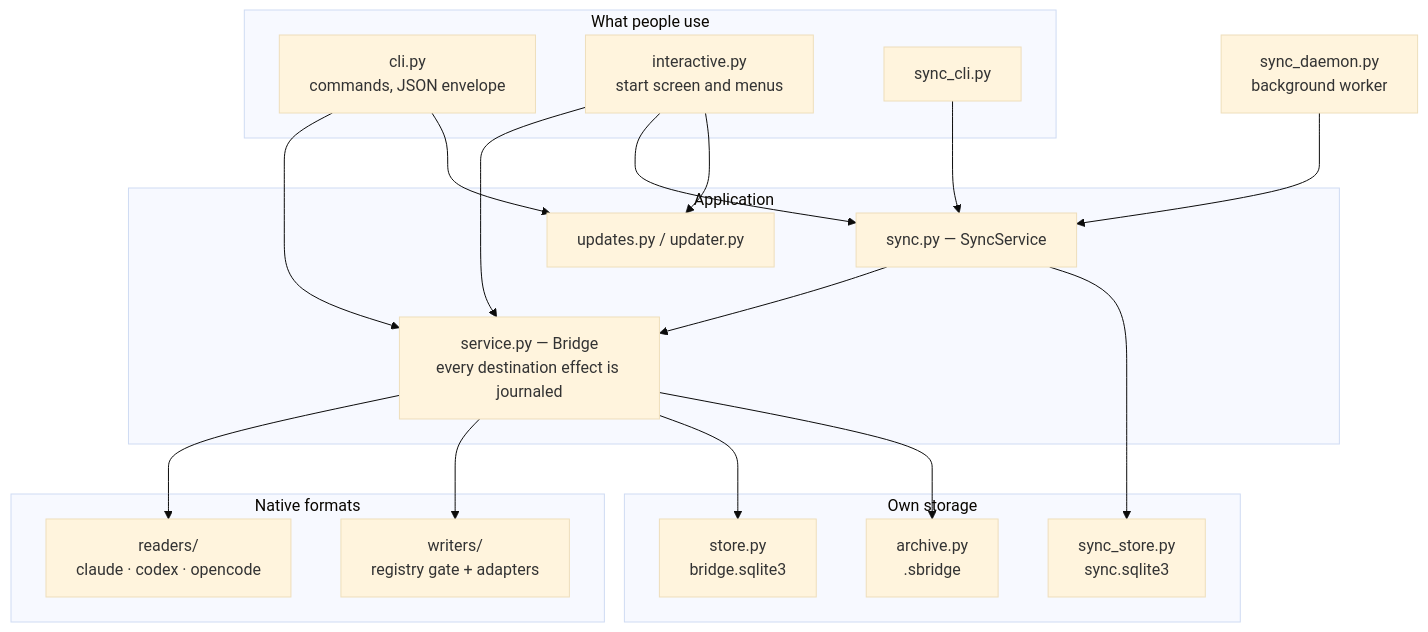
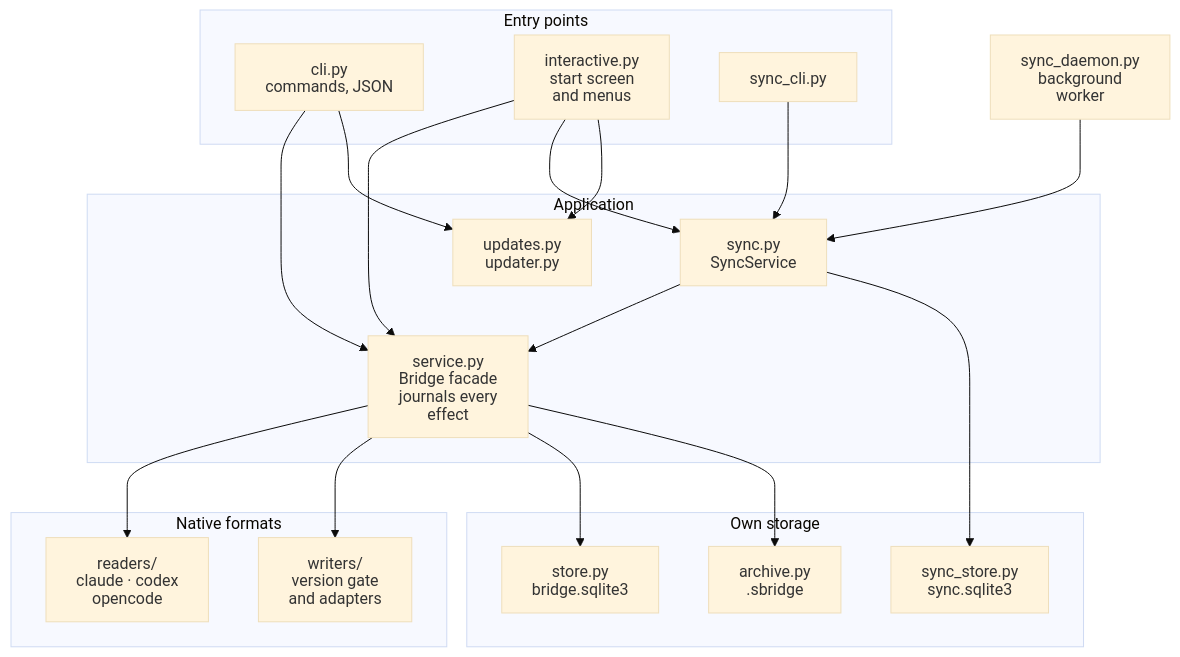
One commit to pma1999/session-bridge changed the first of 2 diagrams in docs/architecture.md. Above: the diagram before and after it, drawn with Mermaid (base theme). The commit also changed other lines of this file and 2 other files, not shown here.

Commit message:
Keep diagram labels from being cut off on GitHub
GitHub draws Mermaid labels in a slightly wider font than it measures them with, so longer lines were clipped inside their boxes. The diagrams now use SVG text labels, which are never clipped, and lines of at most 14 characters.

````diff
--- a/docs/architecture.md
+++ b/docs/architecture.md
@@ -21,35 +21,36 @@
 ```mermaid
+%%{init: {"htmlLabels": false, "flowchart": {"htmlLabels": false}}}%%
 flowchart TB
-    subgraph Entry["What people use"]
-        CLI["cli.py<br/>commands, JSON envelope"]
-        UI["interactive.py<br/>start screen and menus"]
+    subgraph Entry["Entry points"]
+        CLI["cli.py<br/>commands, JSON"]
+        UI["interactive.py<br/>start screen<br/>and menus"]
         SyncCLI["sync_cli.py"]
     end
     subgraph Core["Application"]
-        Service["service.py — Bridge<br/>every destination effect is journaled"]
-        Sync["sync.py — SyncService"]
-        Updates["updates.py / updater.py"]
+        Service["service.py<br/>Bridge facade<br/>journals every<br/>effect"]
+        Sync["sync.py<br/>SyncService"]
+        Updates["updates.py<br/>updater.py"]
     end
     subgraph Adapters["Native formats"]
-        Readers["readers/<br/>claude · codex · opencode"]
-        Writers["writers/<br/>registry gate + adapters"]
+        Readers["readers/<br/>claude · codex<br/>opencode"]
+        Writers["writers/<br/>version gate<br/>and adapters"]
     end
     subgraph Storage["Own storage"]
         Store["store.py<br/>bridge.sqlite3"]
         SyncStore["sync_store.py<br/>sync.sqlite3"]
         Archive["archive.py<br/>.sbridge"]
     end
     CLI --> Service
     UI --> Service
     UI --> Sync
     SyncCLI --> Sync
     CLI --> Updates
     UI --> Updates
     Service --> Readers
     Service --> Writers
     Service --> Store
     Service --> Archive
     Sync --> Service
     Sync --> SyncStore
-    Daemon["sync_daemon.py<br/>background worker"] --> Sync
+    Daemon["sync_daemon.py<br/>background<br/>worker"] --> Sync
 ```
````
